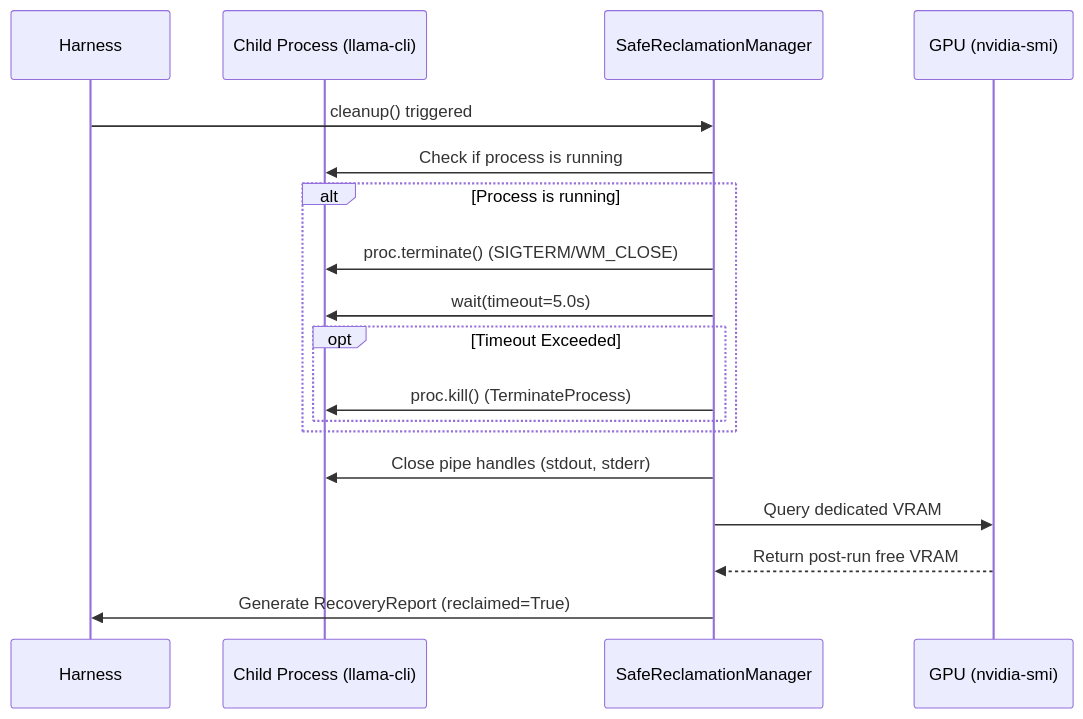
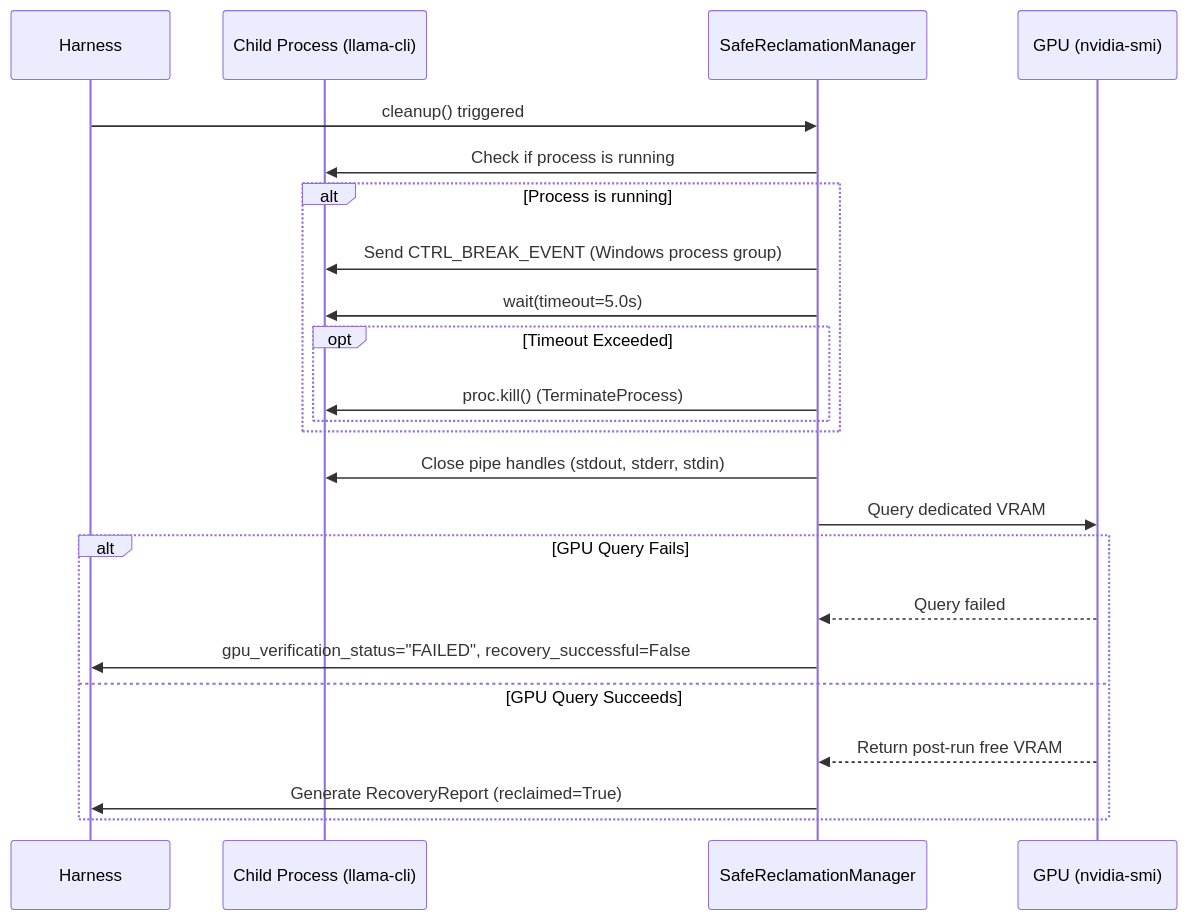
One commit to Imagen2dragon/NOVA-compute changed the diagram in reports/phase2c/RESOURCE_RECOVERY_POLICY.md. Above: the diagram before and after it, drawn with Mermaid. The commit also changed other lines of this file and 15 other files, not shown here.

````diff
--- a/reports/phase2c/RESOURCE_RECOVERY_POLICY.md
+++ b/reports/phase2c/RESOURCE_RECOVERY_POLICY.md
@@ -60,21 +62,26 @@
 ```mermaid
 sequenceDiagram
     participant H as Harness
     participant C as Child Process (llama-cli)
     participant M as SafeReclamationManager
     participant G as GPU (nvidia-smi)
 
     H->>M: cleanup() triggered
     M->>C: Check if process is running
     alt Process is running
-        M->>C: proc.terminate() (SIGTERM/WM_CLOSE)
+        M->>C: Send CTRL_BREAK_EVENT (Windows process group)
         M->>C: wait(timeout=5.0s)
         opt Timeout Exceeded
             M->>C: proc.kill() (TerminateProcess)
         end
     end
-    M->>C: Close pipe handles (stdout, stderr)
+    M->>C: Close pipe handles (stdout, stderr, stdin)
     M->>G: Query dedicated VRAM
-    G-->>M: Return post-run free VRAM
-    M->>H: Generate RecoveryReport (reclaimed=True)
+    alt GPU Query Fails
+        G-->>M: Query failed
+        M->>H: gpu_verification_status="FAILED", recovery_successful=False
+    else GPU Query Succeeds
+        G-->>M: Return post-run free VRAM
+        M->>H: Generate RecoveryReport (reclaimed=True)
+    end
 ```
````
